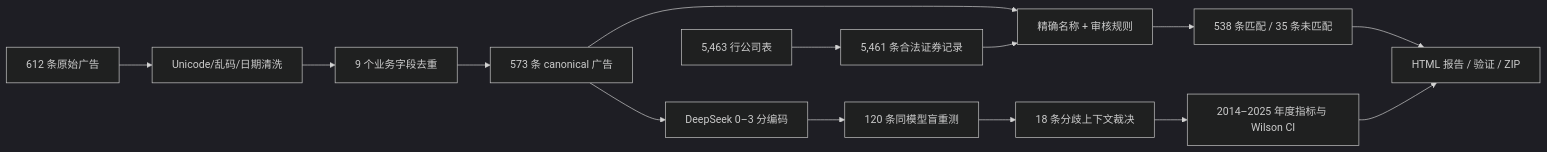
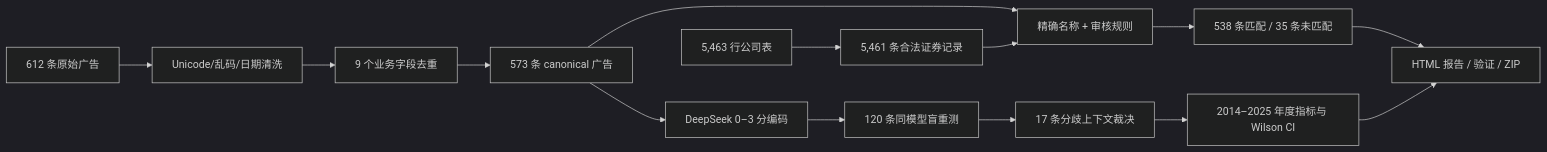
The diagram in README.md (Patrickweng472/ra-task-ads-guangqinweng), drawn with Mermaid (dark theme) before and after one commit. The commit also changed other lines of this file and 5 other files, not shown here.

````diff
--- a/README.md
+++ b/README.md
@@ -77,16 +78,16 @@
 ```mermaid
 flowchart LR
     A["612 条原始广告"] --> B["Unicode/乱码/日期清洗"]
     B --> C["9 个业务字段去重"]
     C --> D["573 条 canonical 广告"]
     E["5,463 行公司表"] --> F["5,461 条合法证券记录"]
     D --> G["精确名称 + 审核规则"]
     F --> G
     G --> H["538 条匹配 / 35 条未匹配"]
     D --> I["DeepSeek 0–3 分编码"]
     I --> J["120 条同模型盲重测"]
-    J --> K["18 条分歧上下文裁决"]
+    J --> K["17 条分歧上下文裁决"]
     K --> L["2014–2025 年度指标与 Wilson CI"]
     H --> M["HTML 报告 / 验证 / ZIP"]
     L --> M
 ```
````
